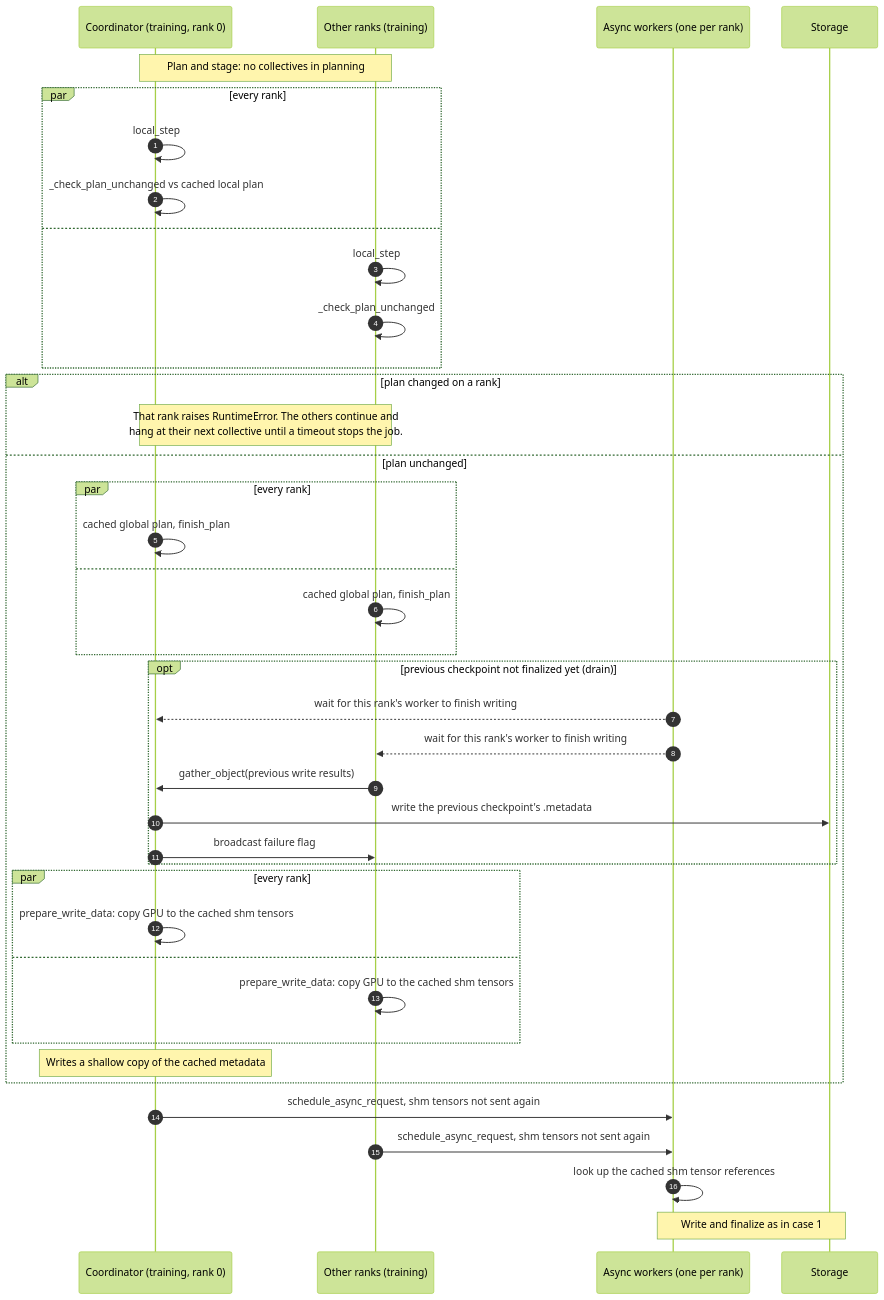
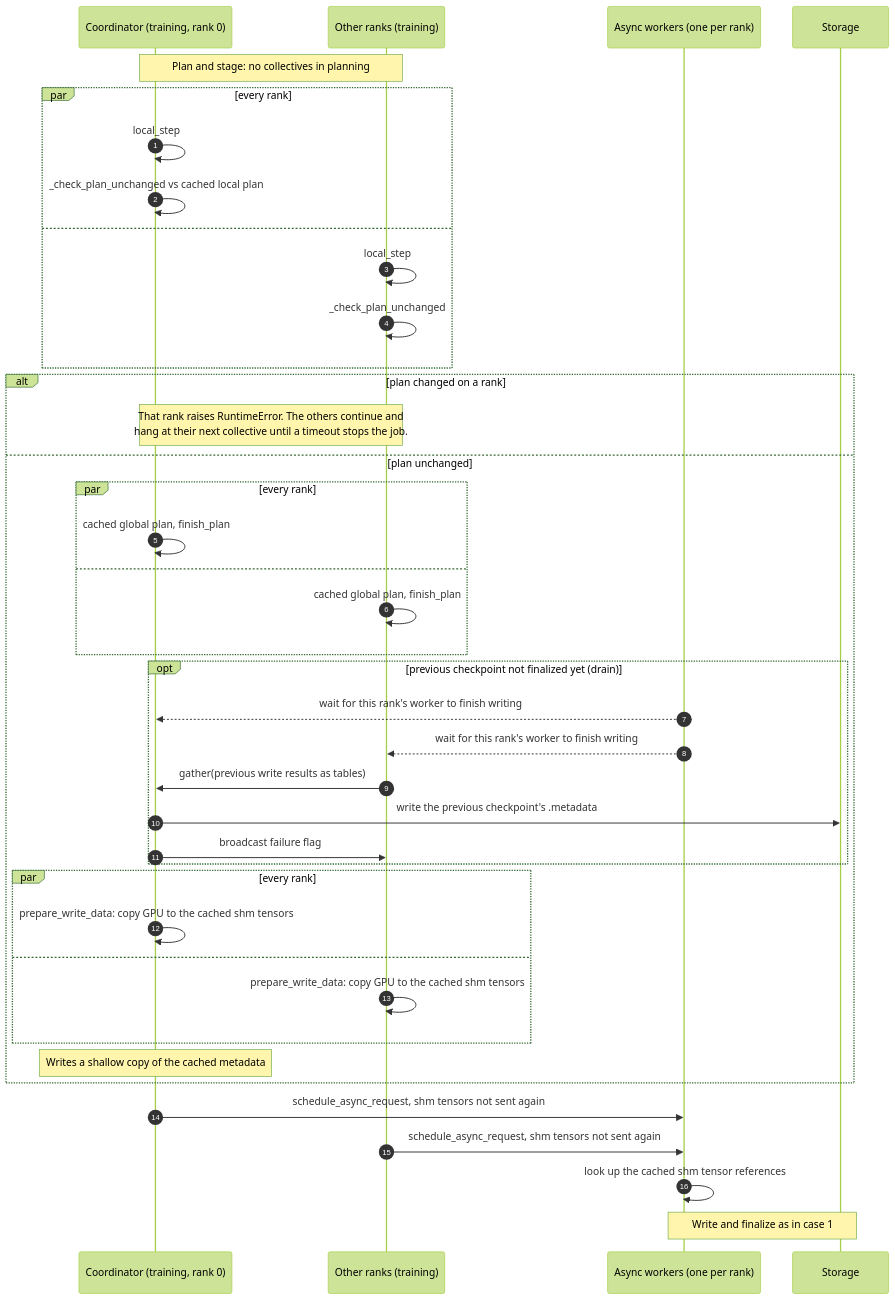
The second of 3 diagrams in docs/design/checkpoint/ASYNC_SAVE.md (NVIDIA/nvidia-resiliency-ext), drawn with Mermaid (forest theme) before and after one commit. The commit also changed other lines of this file, not shown here.

Commit message:
Show the write-result tables in the async save design diagrams

````diff
--- a/docs/design/checkpoint/ASYNC_SAVE.md
+++ b/docs/design/checkpoint/ASYNC_SAVE.md
@@ -101,44 +102,44 @@
 ```mermaid
 sequenceDiagram
     autonumber
     participant C as Coordinator (training, rank 0)
     participant R as Other ranks (training)
     participant W as Async workers (one per rank)
     participant S as Storage
 
     Note over C,R: Plan and stage: no collectives in planning
     par every rank
         C->>C: local_step
         C->>C: _check_plan_unchanged vs cached local plan
     and
         R->>R: local_step
         R->>R: _check_plan_unchanged
     end
     alt plan changed on a rank
         Note over C,R: That rank raises RuntimeError. The others continue and<br/>hang at their next collective until a timeout stops the job.
     else plan unchanged
         par every rank
             C->>C: cached global plan, finish_plan
         and
             R->>R: cached global plan, finish_plan
         end
         opt previous checkpoint not finalized yet (drain)
             W-->>C: wait for this rank's worker to finish writing
             W-->>R: wait for this rank's worker to finish writing
-            R->>C: gather_object(previous write results)
+            R->>C: gather(previous write results as tables)
             C->>S: write the previous checkpoint's .metadata
             C->>R: broadcast failure flag
         end
         par every rank
             C->>C: prepare_write_data: copy GPU to the cached shm tensors
         and
             R->>R: prepare_write_data: copy GPU to the cached shm tensors
         end
         Note over C: Writes a shallow copy of the cached metadata
     end
 
     C->>W: schedule_async_request, shm tensors not sent again
     R->>W: schedule_async_request, shm tensors not sent again
     W->>W: look up the cached shm tensor references
     Note over W,S: Write and finalize as in case 1
 ```
````
